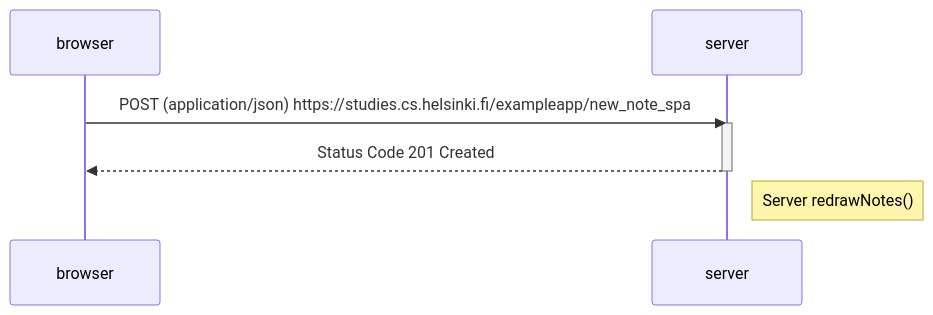
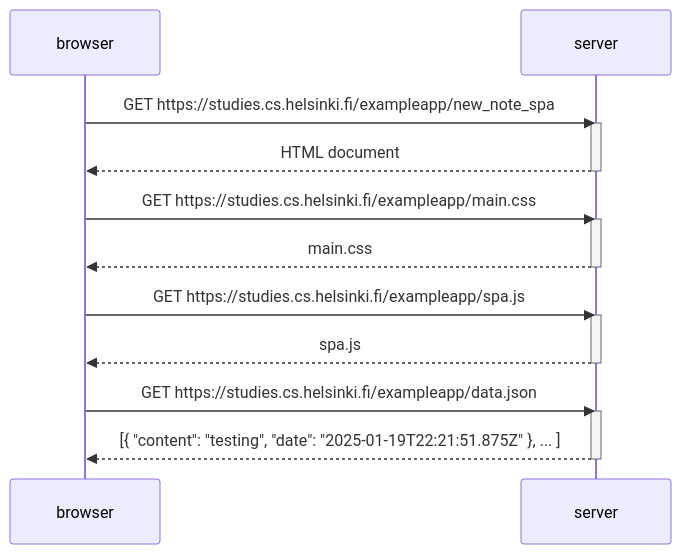
The diagram in 0.5_SpaDiagram.md (hiacarvalho/Fullstack), drawn with Mermaid before and after one commit.

````diff
--- a/0.5_SpaDiagram.md
+++ b/0.5_SpaDiagram.md
@@ -1,12 +1,25 @@
 ```mermaid
 sequenceDiagram
     participant browser
     participant server
 
-    browser->>server: POST (application/json) https://studies.cs.helsinki.fi/exampleapp/new_note_spa
+    browser->>server: GET https://studies.cs.helsinki.fi/exampleapp/new_note_spa
     activate server
-    server-->>browser: Status Code 201 Created
+    server-->>browser: HTML document
     deactivate server
-    
-    Note right of server: Server redrawNotes()
+
+    browser->>server: GET https://studies.cs.helsinki.fi/exampleapp/main.css
+    activate server
+    server-->>browser: main.css
+    deactivate server
+
+    browser->>server: GET https://studies.cs.helsinki.fi/exampleapp/spa.js
+    activate server
+    server-->>browser: spa.js
+    deactivate server
+
+    browser->>server: GET https://studies.cs.helsinki.fi/exampleapp/data.json
+    activate server
+    server-->>browser: [{ "content": "testing", "date": "2025-01-19T22:21:51.875Z" }, ... ]
+    deactivate server 
 ```
````
